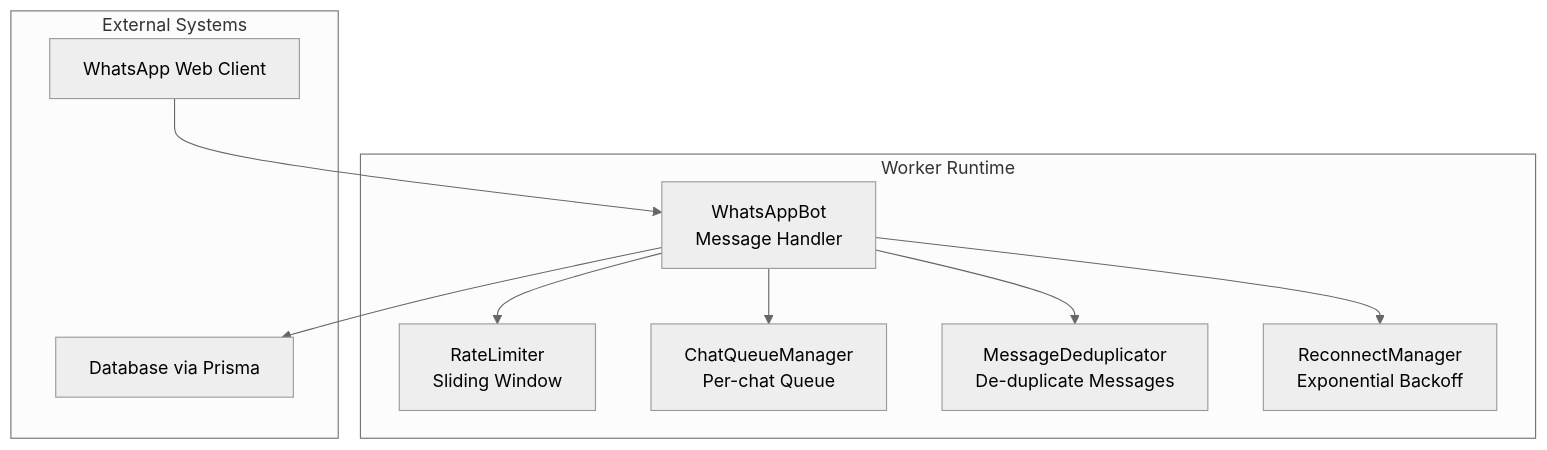
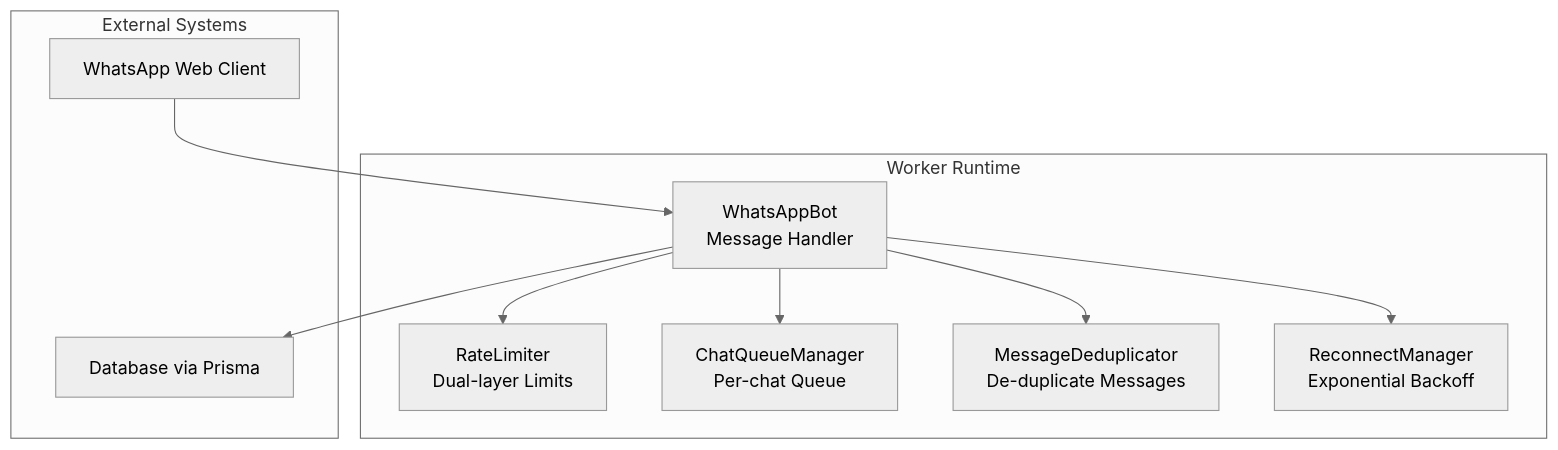
The first of 6 diagrams in .qoder/repowiki/en/content/Worker Utilities/Rate Limiting System.md (askchiwa-spec/FLOW-HQ-BOT), drawn with Mermaid (neutral theme) before and after one commit. The commit also changed other lines of this file and 27 other files, not shown here.

````diff
--- a/.qoder/repowiki/en/content/Worker Utilities/Rate Limiting System.md
+++ b/.qoder/repowiki/en/content/Worker Utilities/Rate Limiting System.md
@@ -36,20 +44,20 @@
 ```mermaid
 graph TB
 subgraph "Worker Runtime"
 BOT["WhatsAppBot<br/>Message Handler"]
-RL["RateLimiter<br/>Sliding Window"]
+RL["RateLimiter<br/>Dual-layer Limits"]
 CQ["ChatQueueManager<br/>Per-chat Queue"]
 DEDUP["MessageDeduplicator<br/>De-duplicate Messages"]
 RC["ReconnectManager<br/>Exponential Backoff"]
 end
 subgraph "External Systems"
 WA["WhatsApp Web Client"]
 DB["Database via Prisma"]
 end
 WA --> BOT
 BOT --> RL
 BOT --> CQ
 BOT --> DEDUP
 BOT --> RC
 BOT --> DB
 ```
````
